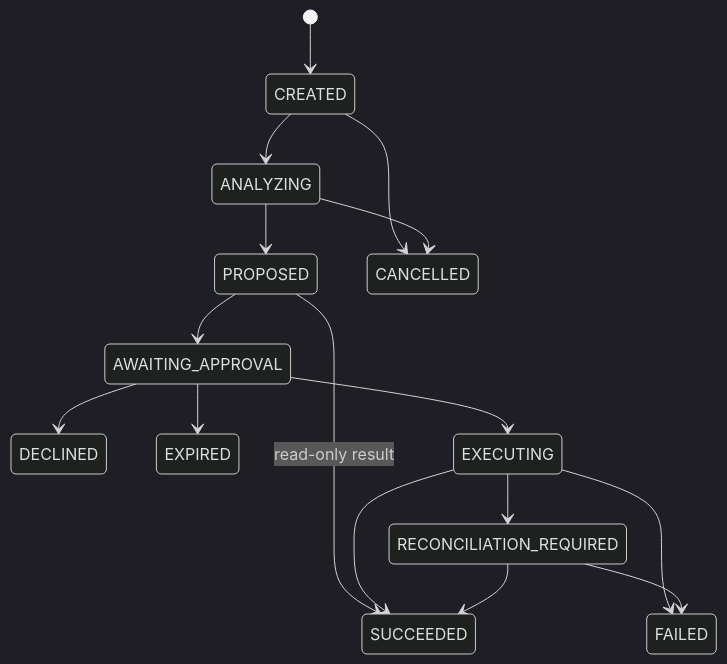
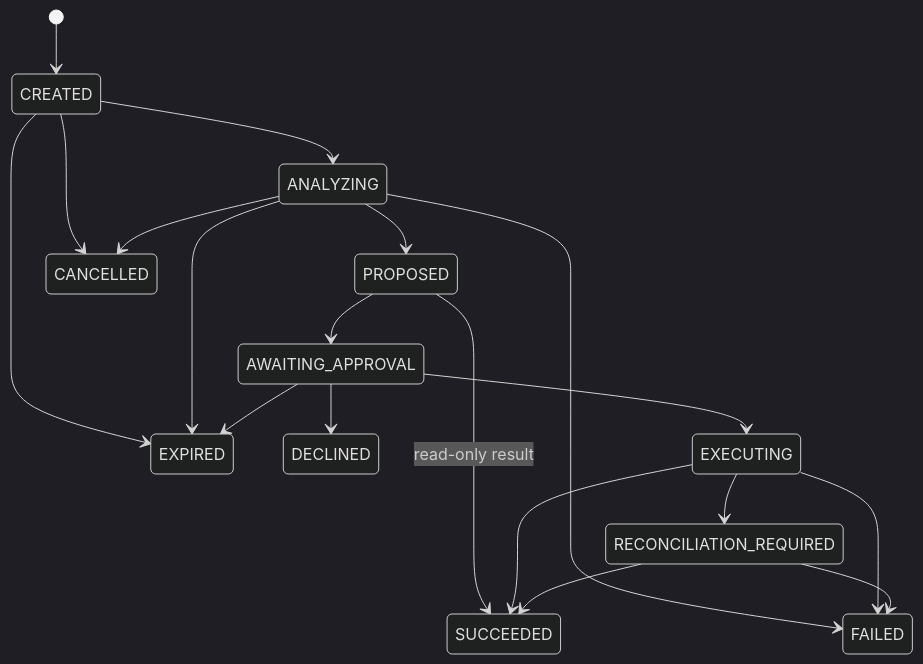
Before and after one commit to atlax-tech/Synora-Agentic-ERP: the second of 2 diagrams in docs/SPEC.md, drawn with Mermaid (dark theme). The commit also changed other lines of this file and 32 other files, not shown here.

````diff
--- a/docs/SPEC.md
+++ b/docs/SPEC.md
@@ -189,18 +189,21 @@
 ```mermaid
 stateDiagram-v2
     [*] --> CREATED
     CREATED --> ANALYZING
+    CREATED --> EXPIRED
     ANALYZING --> PROPOSED
+    ANALYZING --> FAILED
+    ANALYZING --> EXPIRED
     PROPOSED --> AWAITING_APPROVAL
     PROPOSED --> SUCCEEDED: read-only result
     AWAITING_APPROVAL --> DECLINED
     AWAITING_APPROVAL --> EXPIRED
     AWAITING_APPROVAL --> EXECUTING
     EXECUTING --> SUCCEEDED
     EXECUTING --> FAILED
     EXECUTING --> RECONCILIATION_REQUIRED
     RECONCILIATION_REQUIRED --> SUCCEEDED
     RECONCILIATION_REQUIRED --> FAILED
     CREATED --> CANCELLED
     ANALYZING --> CANCELLED
 ```
````
